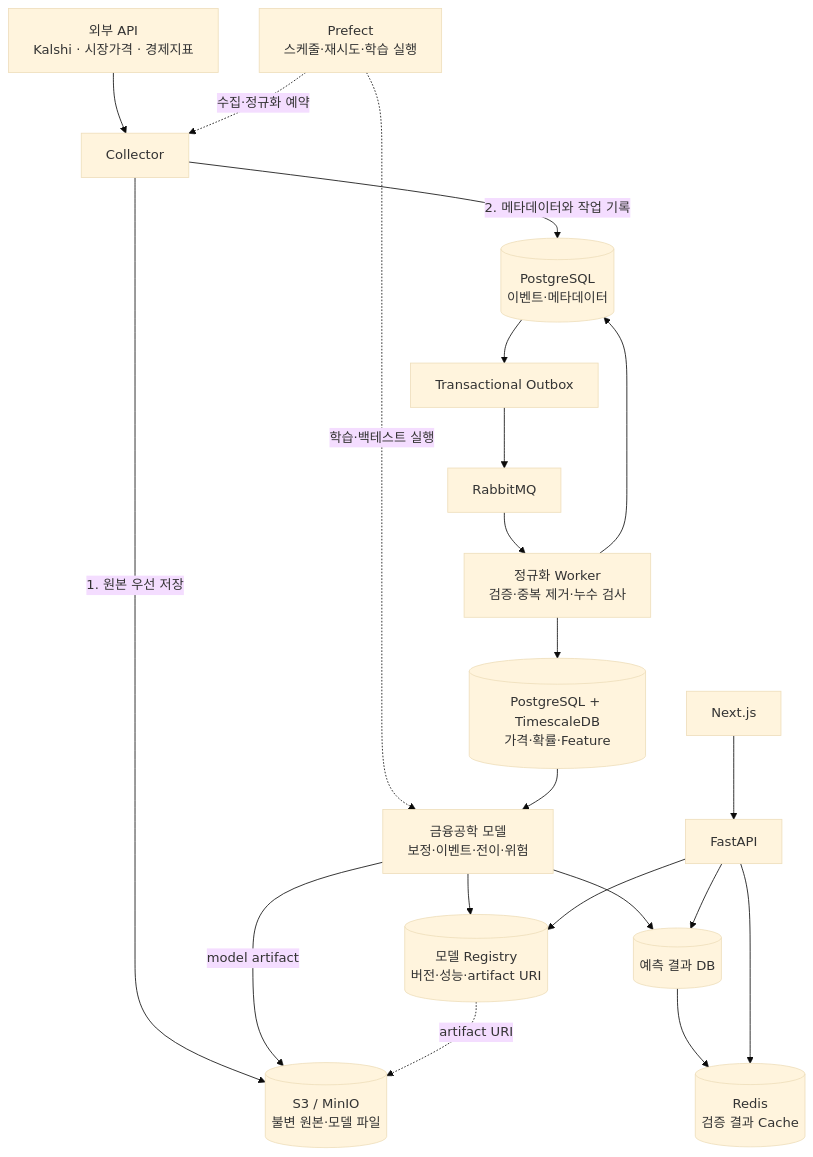
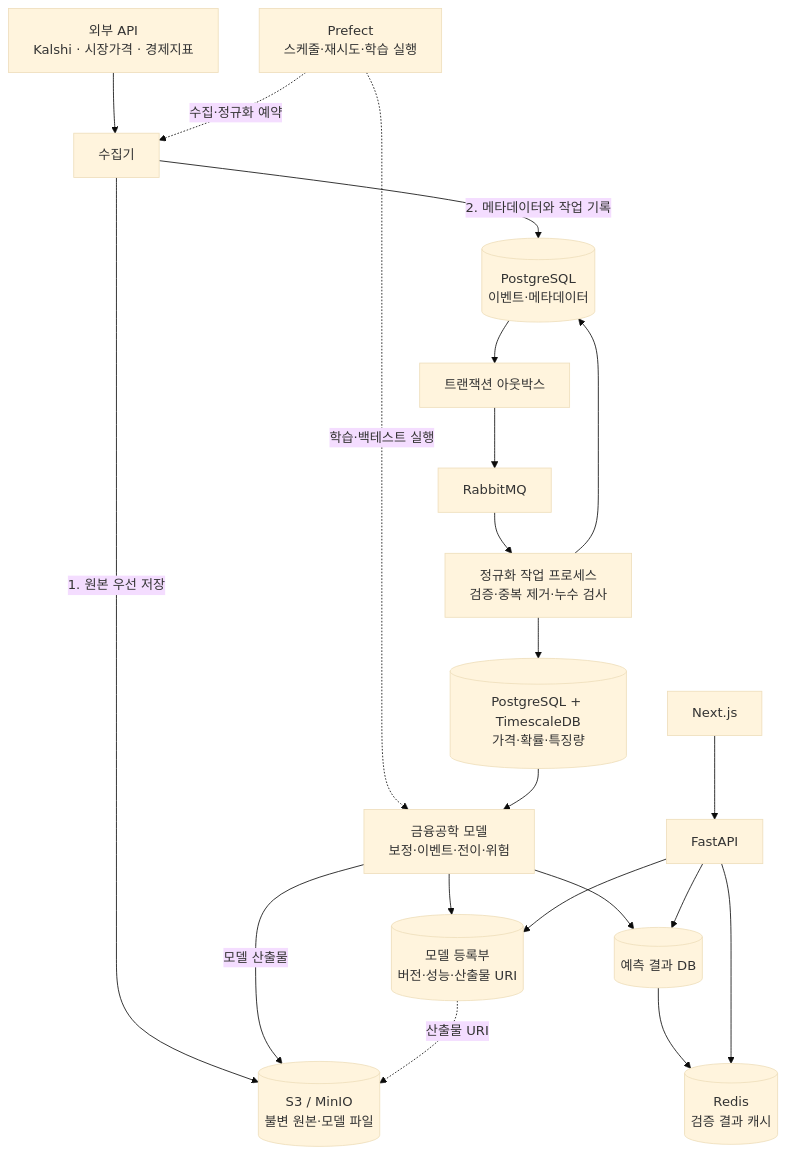
Before and after one commit to AnDev77/ShockGarph_AI: the diagram in shockgraph-ai-project-spec.md, drawn with Mermaid (base theme). The commit also changed other lines of this file and 26 other files, not shown here.

````diff
--- a/shockgraph-ai-project-spec.md
+++ b/shockgraph-ai-project-spec.md
@@ -36,37 +39,37 @@
 ```mermaid
 flowchart TB
     EXT["외부 API<br/>Kalshi · 시장가격 · 경제지표"]
-    COL["Collector"]
+    COL["수집기"]
     RAW[("S3 / MinIO<br/>불변 원본·모델 파일")]
     META[("PostgreSQL<br/>이벤트·메타데이터")]
-    OUTBOX["Transactional Outbox"]
+    OUTBOX["트랜잭션 아웃박스"]
     MQ["RabbitMQ"]
-    NORMAL["정규화 Worker<br/>검증·중복 제거·누수 검사"]
-    TS[("PostgreSQL + TimescaleDB<br/>가격·확률·Feature")]
+    NORMAL["정규화 작업 프로세스<br/>검증·중복 제거·누수 검사"]
+    TS[("PostgreSQL + TimescaleDB<br/>가격·확률·특징량")]
     ORCH["Prefect<br/>스케줄·재시도·학습 실행"]
     MODEL["금융공학 모델<br/>보정·이벤트·전이·위험"]
-    REG[("모델 Registry<br/>버전·성능·artifact URI")]
+    REG[("모델 등록부<br/>버전·성능·산출물 URI")]
     PRED[("예측 결과 DB")]
-    CACHE[("Redis<br/>검증 결과 Cache")]
+    CACHE[("Redis<br/>검증 결과 캐시")]
     API["FastAPI"]
     WEB["Next.js"]
 
     EXT --> COL
     COL -->|"1. 원본 우선 저장"| RAW
     COL -->|"2. 메타데이터와 작업 기록"| META
     META --> OUTBOX --> MQ --> NORMAL
     NORMAL --> META
     NORMAL --> TS
     ORCH -. "수집·정규화 예약" .-> COL
     ORCH -. "학습·백테스트 실행" .-> MODEL
     TS --> MODEL
-    MODEL -->|"model artifact"| RAW
+    MODEL -->|"모델 산출물"| RAW
     MODEL --> REG
     MODEL --> PRED
-    REG -. "artifact URI" .-> RAW
+    REG -. "산출물 URI" .-> RAW
     PRED --> CACHE
     WEB --> API
     API --> CACHE
     API --> PRED
     API --> REG
 ```
````
